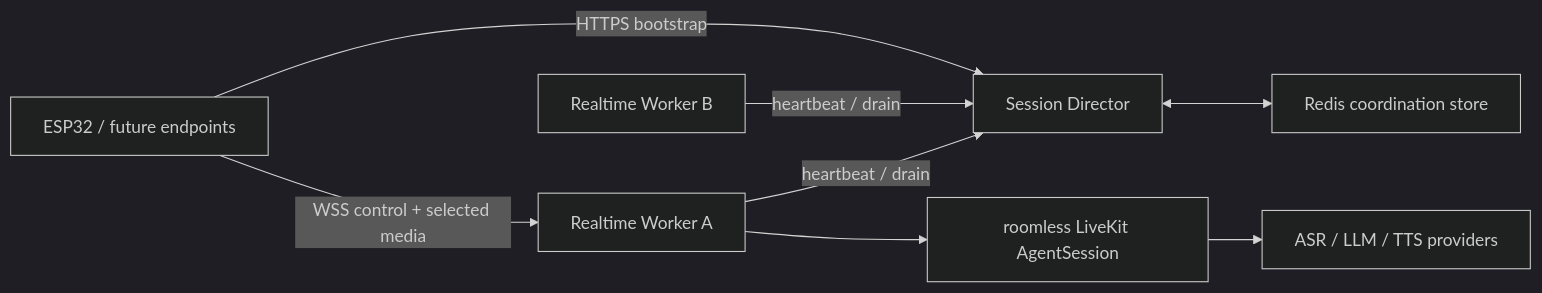
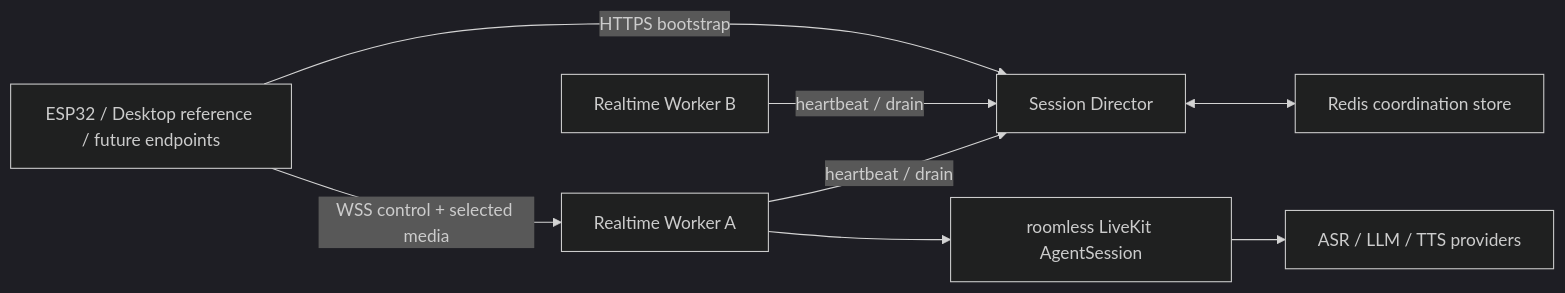
One commit to wuhuaha/realtime-voice-agent changed the first of 2 diagrams in docs/architecture/system.md. Above: the diagram before and after it, drawn with Mermaid (dark theme). The commit also changed other lines of this file and 51 other files, not shown here.

````diff
--- a/docs/architecture/system.md
+++ b/docs/architecture/system.md
@@ -11,10 +11,10 @@
 ```mermaid
 flowchart LR
-    E["ESP32 / future endpoints"] -->|"HTTPS bootstrap"| D["Session Director"]
+    E["ESP32 / Desktop reference / future endpoints"] -->|"HTTPS bootstrap"| D["Session Director"]
     D <--> R["Redis coordination store"]
     W1["Realtime Worker A"] -->|"heartbeat / drain"| D
     W2["Realtime Worker B"] -->|"heartbeat / drain"| D
     E -->|"WSS control + selected media"| W1
     W1 --> A["roomless LiveKit AgentSession"]
     A --> P["ASR / LLM / TTS providers"]
 ```
````
